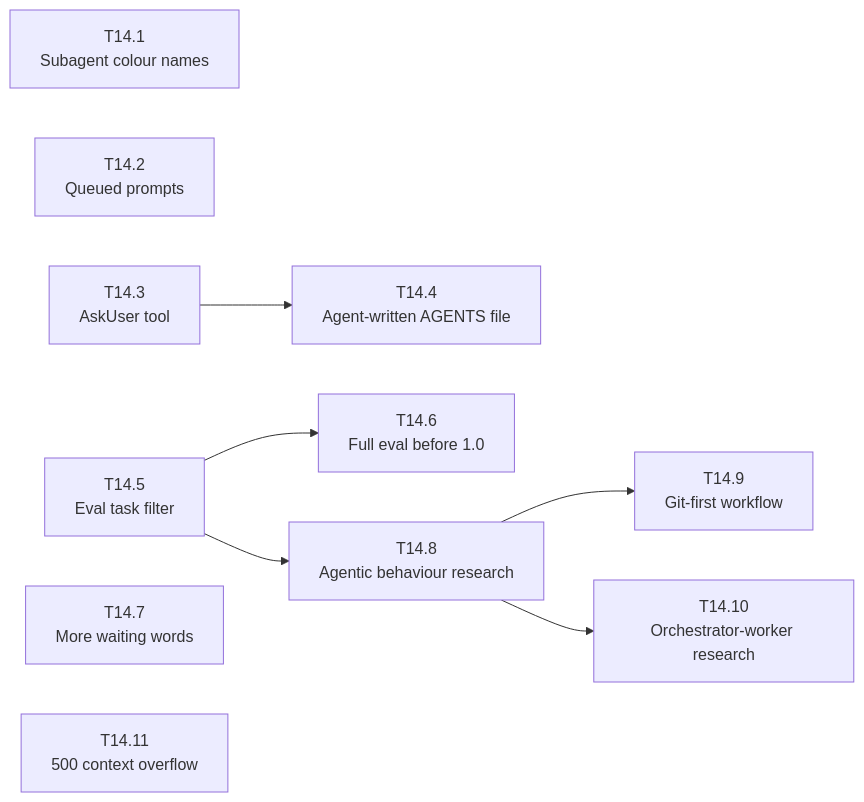
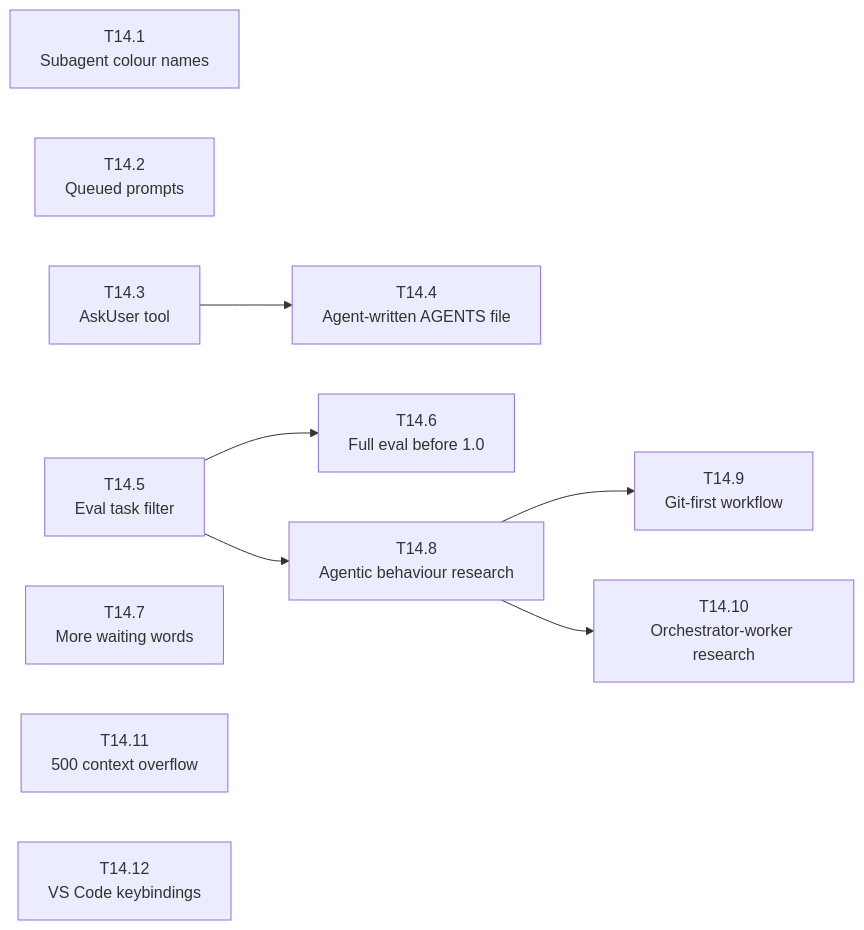
Diagram 15 of 15 in docs/TASKS.md (fzzinchemical/Praxis), drawn with Mermaid before and after one commit. The commit also changed other lines of this file, not shown here.

Commit message:
docs(tasks): add T14.12 VS Code keybindings for later

````diff
--- a/docs/TASKS.md
+++ b/docs/TASKS.md
@@ -1242,19 +1242,20 @@
 ```mermaid
 flowchart LR
     T14_1["T14.1<br/>Subagent colour names"]
     T14_2["T14.2<br/>Queued prompts"]
     T14_3["T14.3<br/>AskUser tool"]
     T14_4["T14.4<br/>Agent-written AGENTS file"]
     T14_5["T14.5<br/>Eval task filter"]
     T14_6["T14.6<br/>Full eval before 1.0"]
     T14_7["T14.7<br/>More waiting words"]
     T14_8["T14.8<br/>Agentic behaviour research"]
     T14_9["T14.9<br/>Git-first workflow"]
     T14_3 --> T14_4
     T14_5 --> T14_6
     T14_5 --> T14_8
     T14_10["T14.10<br/>Orchestrator-worker research"]
     T14_11["T14.11<br/>500 context overflow"]
+    T14_12["T14.12<br/>VS Code keybindings"]
     T14_8 --> T14_9
     T14_8 --> T14_10
 ```
````
